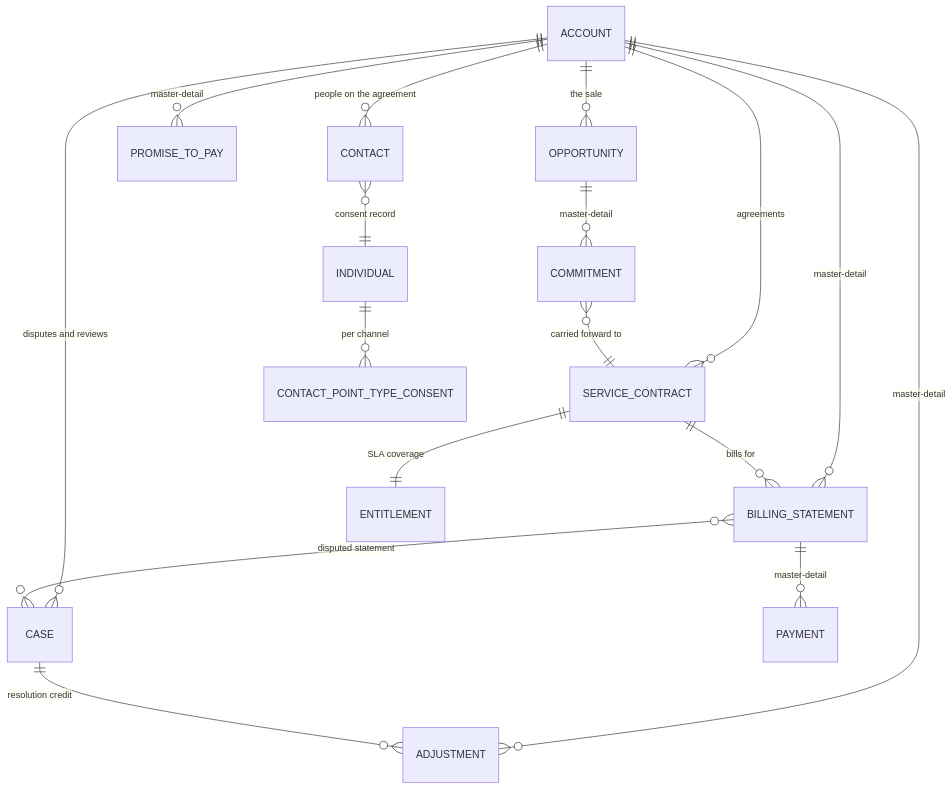
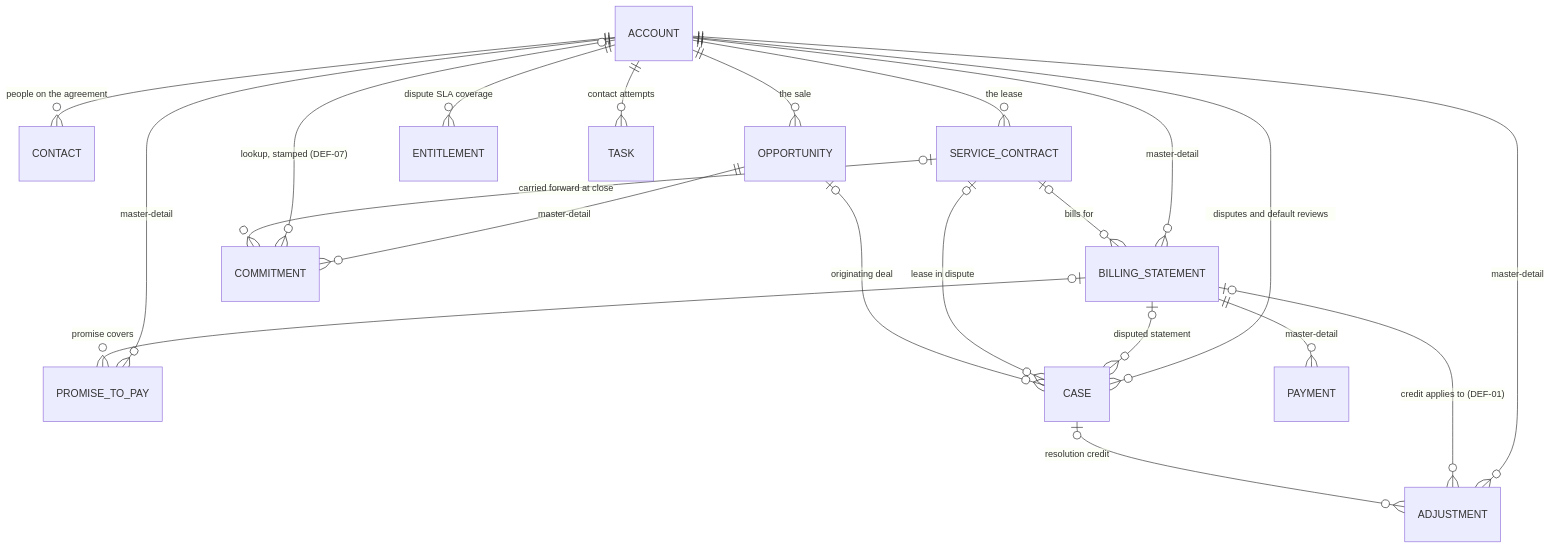
The diagram in docs/data-model.md (zana-yocum/Lumenfield-accord), drawn with Mermaid before and after one commit. The commit also changed other lines of this file and 25 other files, not shown here.

````diff
--- a/docs/data-model.md
+++ b/docs/data-model.md
@@ -9,19 +11,23 @@
 ```mermaid
 erDiagram
     ACCOUNT ||--o{ CONTACT : "people on the agreement"
-    ACCOUNT ||--o{ SERVICE_CONTRACT : "agreements"
+    ACCOUNT ||--o{ OPPORTUNITY : "the sale"
+    ACCOUNT ||--o{ SERVICE_CONTRACT : "the lease"
+    ACCOUNT ||--o{ ENTITLEMENT : "dispute SLA coverage"
     ACCOUNT ||--o{ BILLING_STATEMENT : "master-detail"
     ACCOUNT ||--o{ PROMISE_TO_PAY : "master-detail"
     ACCOUNT ||--o{ ADJUSTMENT : "master-detail"
-    ACCOUNT ||--o{ CASE : "disputes and reviews"
-    ACCOUNT ||--o{ OPPORTUNITY : "the sale"
+    ACCOUNT ||--o{ CASE : "disputes and default reviews"
+    ACCOUNT ||--o{ TASK : "contact attempts"
     OPPORTUNITY ||--o{ COMMITMENT : "master-detail"
-    COMMITMENT }o--|| SERVICE_CONTRACT : "carried forward to"
-    SERVICE_CONTRACT ||--o{ BILLING_STATEMENT : "bills for"
-    SERVICE_CONTRACT ||--|| ENTITLEMENT : "SLA coverage"
+    ACCOUNT |o--o{ COMMITMENT : "lookup, stamped (DEF-07)"
+    SERVICE_CONTRACT |o--o{ COMMITMENT : "carried forward at close"
+    SERVICE_CONTRACT |o--o{ BILLING_STATEMENT : "bills for"
     BILLING_STATEMENT ||--o{ PAYMENT : "master-detail"
-    BILLING_STATEMENT }o--o{ CASE : "disputed statement"
-    CASE ||--o{ ADJUSTMENT : "resolution credit"
-    CONTACT }o--|| INDIVIDUAL : "consent record"
-    INDIVIDUAL ||--o{ CONTACT_POINT_TYPE_CONSENT : "per channel"
+    BILLING_STATEMENT |o--o{ PROMISE_TO_PAY : "promise covers"
+    BILLING_STATEMENT |o--o{ ADJUSTMENT : "credit applies to (DEF-01)"
+    BILLING_STATEMENT |o--o{ CASE : "disputed statement"
+    SERVICE_CONTRACT |o--o{ CASE : "lease in dispute"
+    OPPORTUNITY |o--o{ CASE : "originating deal"
+    CASE |o--o{ ADJUSTMENT : "resolution credit"
 ```
````
